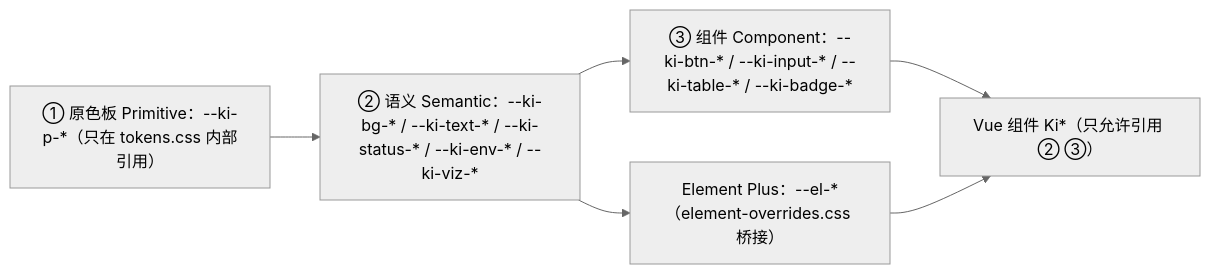
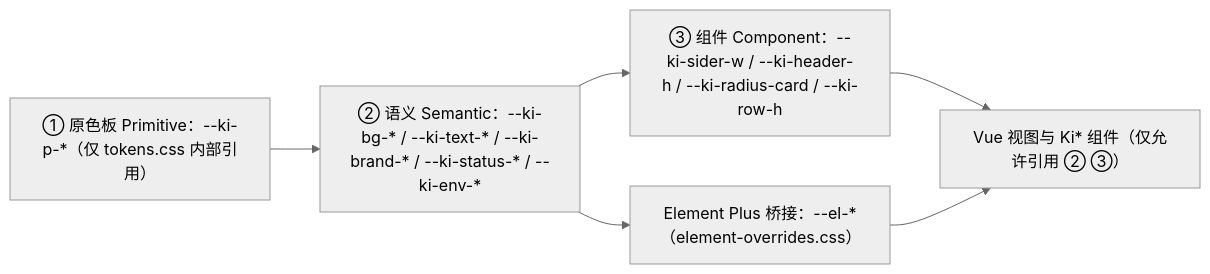
The diagram in docs/DESIGN.md (gongjin1997/HIS), drawn with Mermaid (neutral theme) before and after one commit. The commit also changed other lines of this file and 186 other files, not shown here.

````diff
--- a/docs/DESIGN.md
+++ b/docs/DESIGN.md
@@ -74,8 +35,8 @@
 ```mermaid
 flowchart LR
-  P["① 原色板 Primitive：--ki-p-*（只在 tokens.css 内部引用）"] --> S["② 语义 Semantic：--ki-bg-* / --ki-text-* / --ki-status-* / --ki-env-* / --ki-viz-*"]
-  S --> C["③ 组件 Component：--ki-btn-* / --ki-input-* / --ki-table-* / --ki-badge-*"]
-  S --> EP["Element Plus：--el-*（element-overrides.css 桥接）"]
-  C --> V["Vue 组件 Ki*（只允许引用 ② ③）"]
+  P["① 原色板 Primitive：--ki-p-*（仅 tokens.css 内部引用）"] --> S["② 语义 Semantic：--ki-bg-* / --ki-text-* / --ki-brand-* / --ki-status-* / --ki-env-*"]
+  S --> C["③ 组件 Component：--ki-sider-w / --ki-header-h / --ki-radius-card / --ki-row-h"]
+  S --> EP["Element Plus 桥接：--el-*（element-overrides.css）"]
+  C --> V["Vue 视图与 Ki* 组件（仅允许引用 ② ③）"]
   EP --> V
 ```
````
